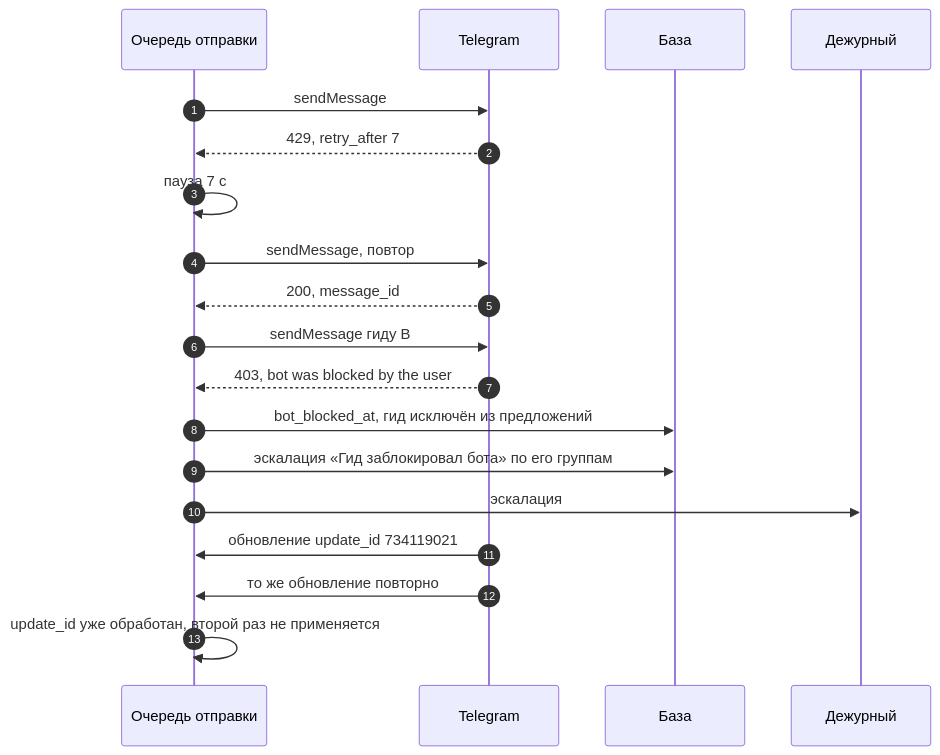
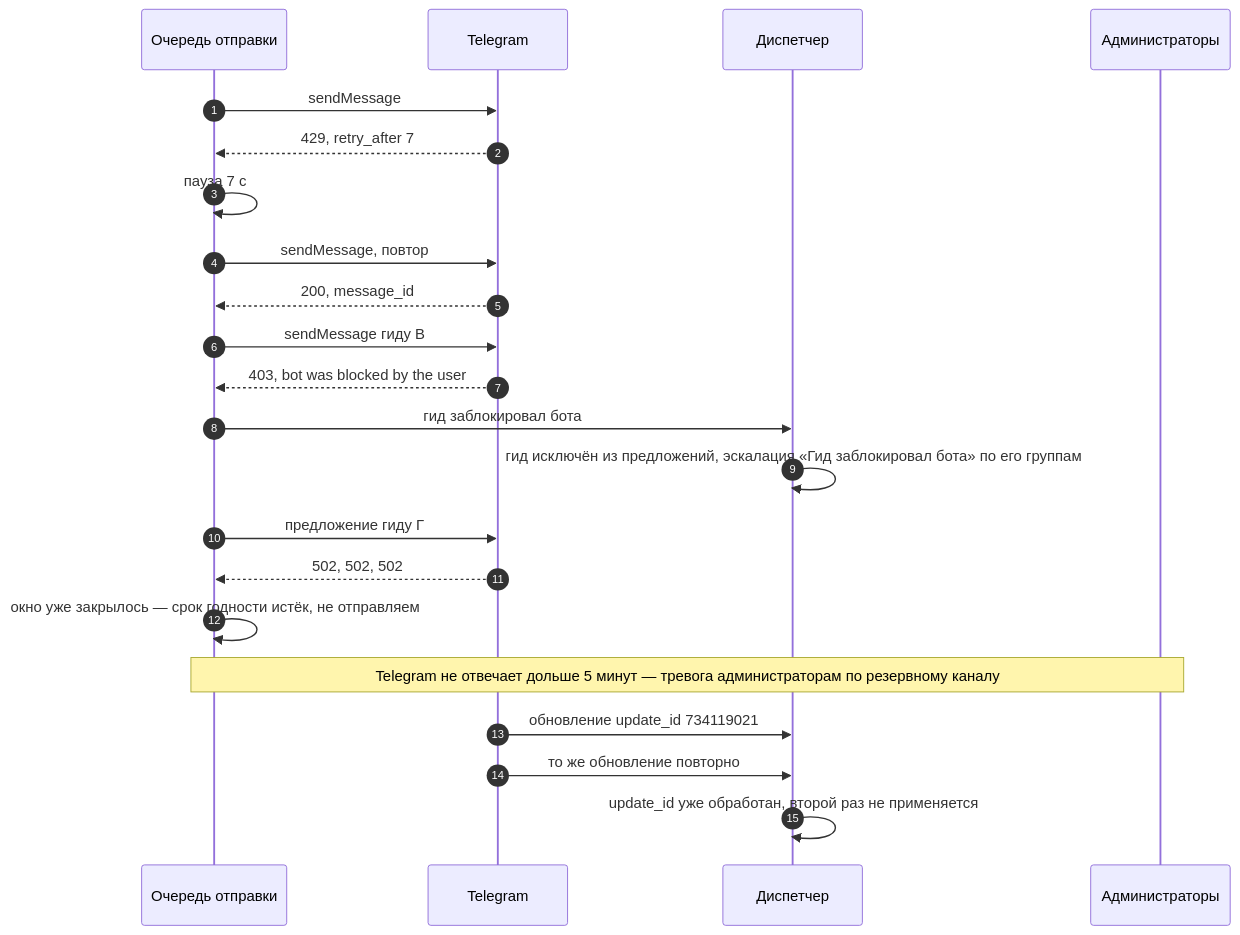
The fifth of 6 diagrams in docs/design/sequences.md (KORTEZZ12/excursion-dispatch), drawn with Mermaid before and after one commit. The commit also changed other lines of this file and 10 other files, not shown here.

````diff
--- a/docs/design/sequences.md
+++ b/docs/design/sequences.md
@@ -134,21 +136,24 @@
 ```mermaid
 sequenceDiagram
   autonumber
   participant Q as Очередь отправки
   participant TG as Telegram
-  participant DB as База
-  participant ADM as Дежурный
+  participant D as Диспетчер
+  participant ADM as Администраторы
   Q->>TG: sendMessage
   TG-->>Q: 429, retry_after 7
   Q->>Q: пауза 7 с
   Q->>TG: sendMessage, повтор
   TG-->>Q: 200, message_id
   Q->>TG: sendMessage гиду В
   TG-->>Q: 403, bot was blocked by the user
-  Q->>DB: bot_blocked_at, гид исключён из предложений
-  Q->>DB: эскалация «Гид заблокировал бота» по его группам
-  Q->>ADM: эскалация
-  TG->>Q: обновление update_id 734119021
-  TG->>Q: то же обновление повторно
-  Q->>Q: update_id уже обработан, второй раз не применяется
+  Q->>D: гид заблокировал бота
+  D->>D: гид исключён из предложений, эскалация «Гид заблокировал бота» по его группам
+  Q->>TG: предложение гиду Г
+  TG-->>Q: 502, 502, 502
+  Q->>Q: окно уже закрылось — срок годности истёк, не отправляем
+  Note over Q,ADM: Telegram не отвечает дольше 5 минут — тревога администраторам по резервному каналу
+  TG->>D: обновление update_id 734119021
+  TG->>D: то же обновление повторно
+  D->>D: update_id уже обработан, второй раз не применяется
 ```
````
